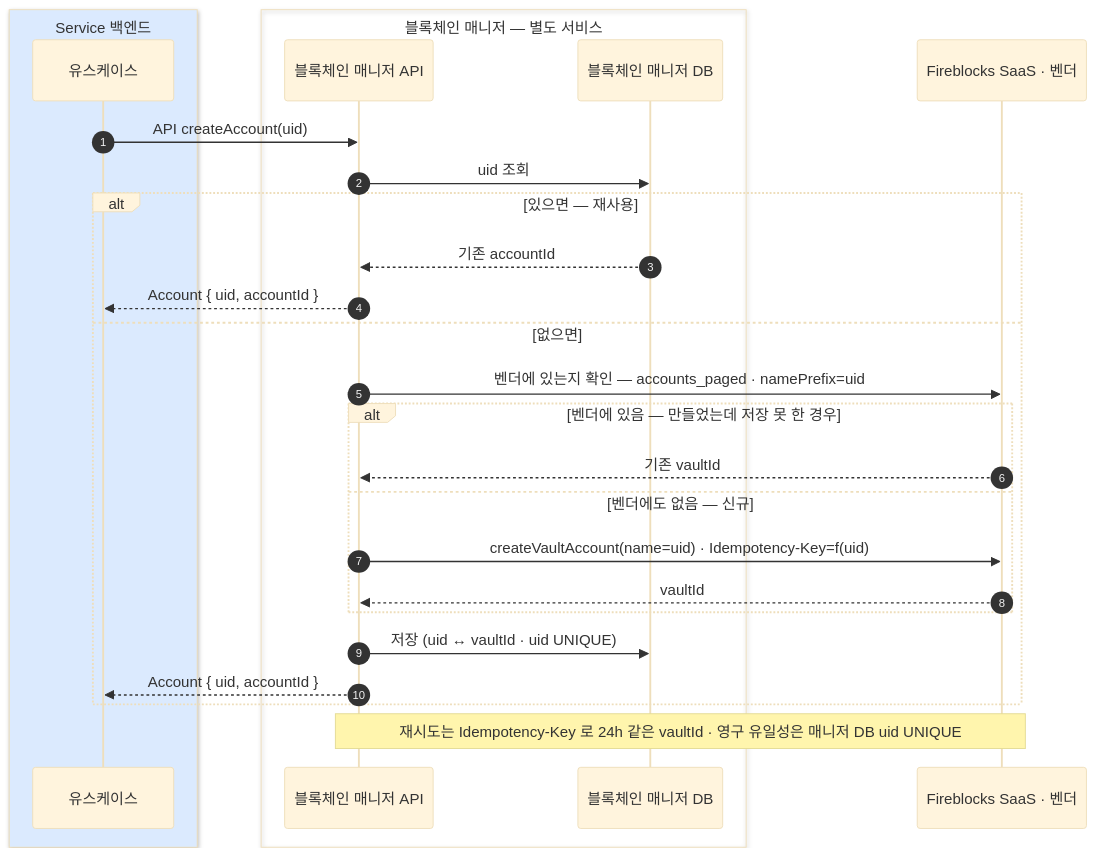
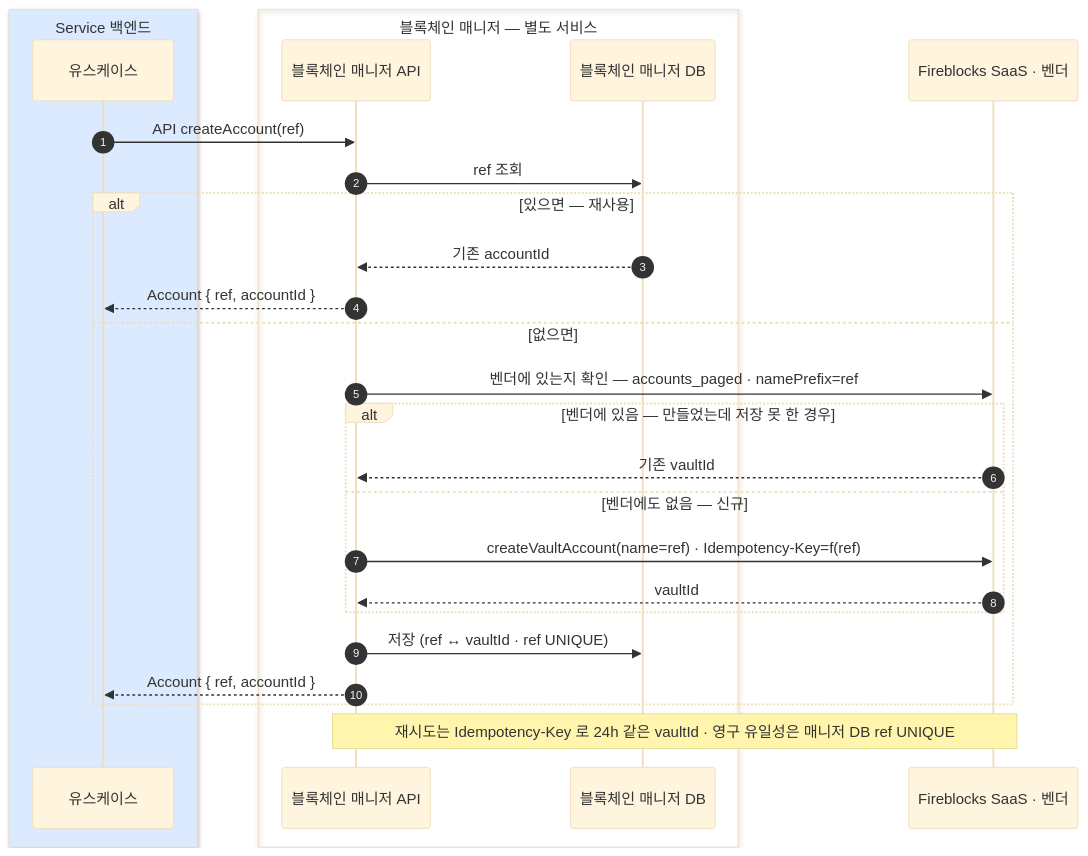
The diagram in blockchain-manager/docs/블록체인매니저/설계/01-create-account.md (eunsujeo/eunpus), drawn with Mermaid (base theme) before and after one commit. The commit also changed other lines of this file and 2 other files, not shown here.

Commit message:
createAccount 파라미터 uid → ref (범용 참조)
admin 도 관리용 계정을 만들 수 있어 고객 uid 로 한정 안 됨 — 호출자 지정 참조 ref.
01 시그니처(ref: String)·프로즈·다이어그램, 00·09 DB 노드 라벨 일관 복원.
01 리드 "고객당 한 번" → "ref 당 한 번".

````diff
--- a/blockchain-manager/docs/블록체인매니저/설계/01-create-account.md
+++ b/blockchain-manager/docs/블록체인매니저/설계/01-create-account.md
@@ -17,30 +17,30 @@
 ```mermaid
 sequenceDiagram
     autonumber
     box rgb(219,234,254) Service 백엔드
     participant BE as 유스케이스
     end
     box 블록체인 매니저 — 별도 서비스
     participant BM as 블록체인 매니저 API
     participant MDB as 블록체인 매니저 DB
     end
     participant FB as Fireblocks SaaS · 벤더
 
-    BE->>BM: API createAccount(uid)
-    BM->>MDB: uid 조회
+    BE->>BM: API createAccount(ref)
+    BM->>MDB: ref 조회
     alt 있으면 — 재사용
         MDB-->>BM: 기존 accountId
-        BM-->>BE: Account { uid, accountId }
+        BM-->>BE: Account { ref, accountId }
     else 없으면
-        BM->>FB: 벤더에 있는지 확인 — accounts_paged · namePrefix=uid
+        BM->>FB: 벤더에 있는지 확인 — accounts_paged · namePrefix=ref
         alt 벤더에 있음 — 만들었는데 저장 못 한 경우
             FB-->>BM: 기존 vaultId
         else 벤더에도 없음 — 신규
-            BM->>FB: createVaultAccount(name=uid) · Idempotency-Key=f(uid)
+            BM->>FB: createVaultAccount(name=ref) · Idempotency-Key=f(ref)
             FB-->>BM: vaultId
         end
-        BM->>MDB: 저장 (uid ↔ vaultId · uid UNIQUE)
-        BM-->>BE: Account { uid, accountId }
+        BM->>MDB: 저장 (ref ↔ vaultId · ref UNIQUE)
+        BM-->>BE: Account { ref, accountId }
     end
-    Note over BM,FB: 재시도는 Idempotency-Key 로 24h 같은 vaultId · 영구 유일성은 매니저 DB uid UNIQUE
+    Note over BM,FB: 재시도는 Idempotency-Key 로 24h 같은 vaultId · 영구 유일성은 매니저 DB ref UNIQUE
 ```
````
